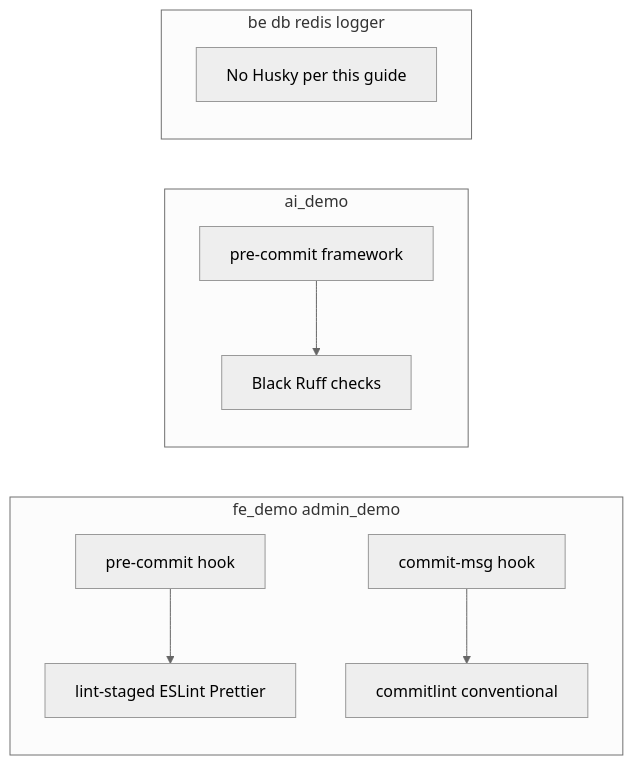
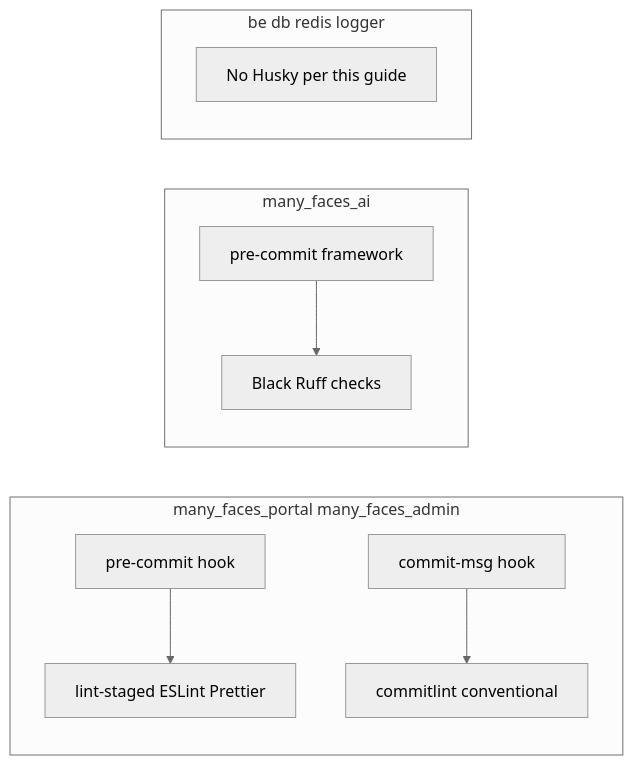
Before and after one commit to 01laky/mfai_demo: the diagram in docs/guides/husky-setup.md, drawn with Mermaid (neutral theme). The commit also changed other lines of this file and 56 other files, not shown here.

First line of the commit message:
chore: rename submodule directories to many_faces_* paths

````diff
--- a/docs/guides/husky-setup.md
+++ b/docs/guides/husky-setup.md
@@ -15,16 +15,16 @@
 ```mermaid
 flowchart LR
-  subgraph FE["fe_demo admin_demo"]
+  subgraph FE["many_faces_portal many_faces_admin"]
     PC[pre-commit hook]
     CM[commit-msg hook]
     PC --> LS[lint-staged ESLint Prettier]
     CM --> CL[commitlint conventional]
   end
-  subgraph AI["ai_demo"]
+  subgraph AI["many_faces_ai"]
     PRE[pre-commit framework]
     PRE --> BR[Black Ruff checks]
   end
   subgraph Infra["be db redis logger"]
     NH[No Husky per this guide]
   end
 ```
````
